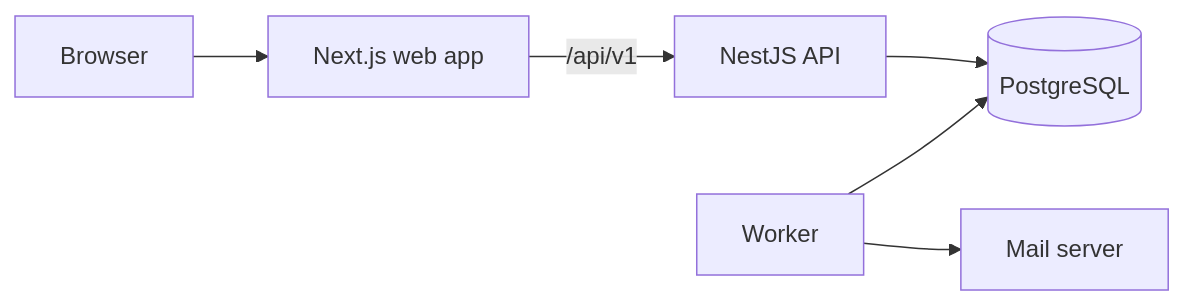
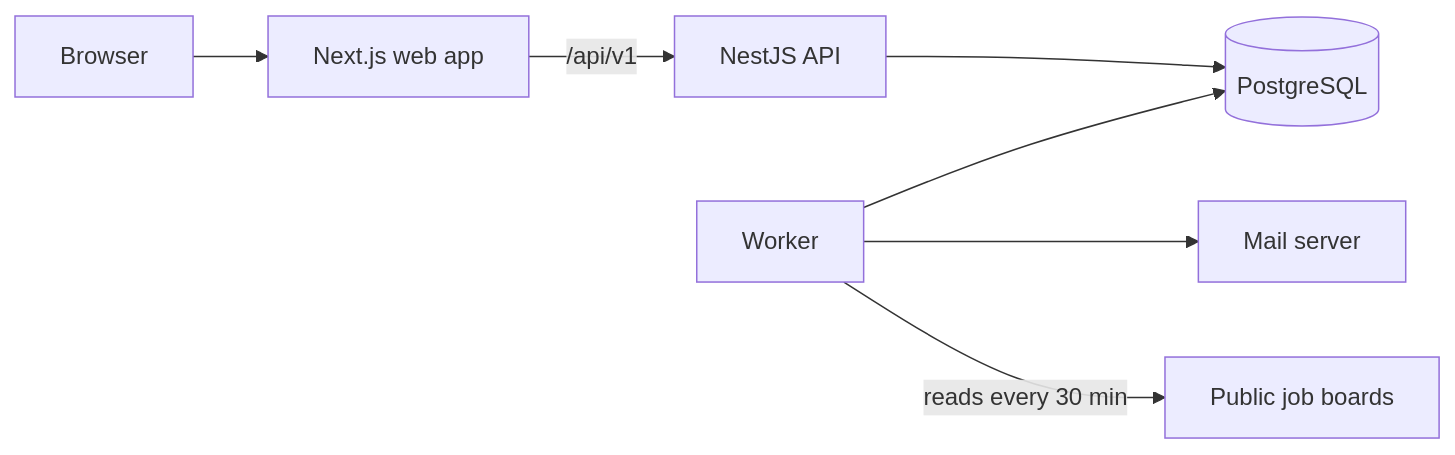
One commit to ManasSaxena14/HireFlow changed the second of 2 diagrams in README.md. Above: the diagram before and after it, drawn with Mermaid. The commit also changed other lines of this file, not shown here.

Commit message:
docs: write a new README with features, architecture and measured results

````diff
--- a/README.md
+++ b/README.md
@@ -24,8 +84,9 @@
 ```mermaid
 flowchart LR
   B[Browser] --> W[Next.js web app]
   W -- /api/v1 --> A[NestJS API]
   A --> P[(PostgreSQL)]
-  Q[Worker] --> P
-  Q --> M[Mail server]
+  K[Worker] --> P
+  K --> M[Mail server]
+  K -- reads every 30 min --> J[Public job boards]
 ```
````
